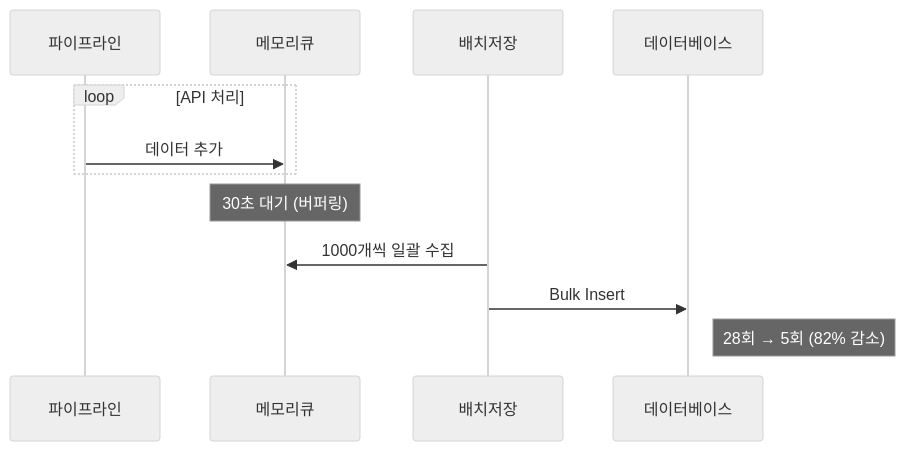
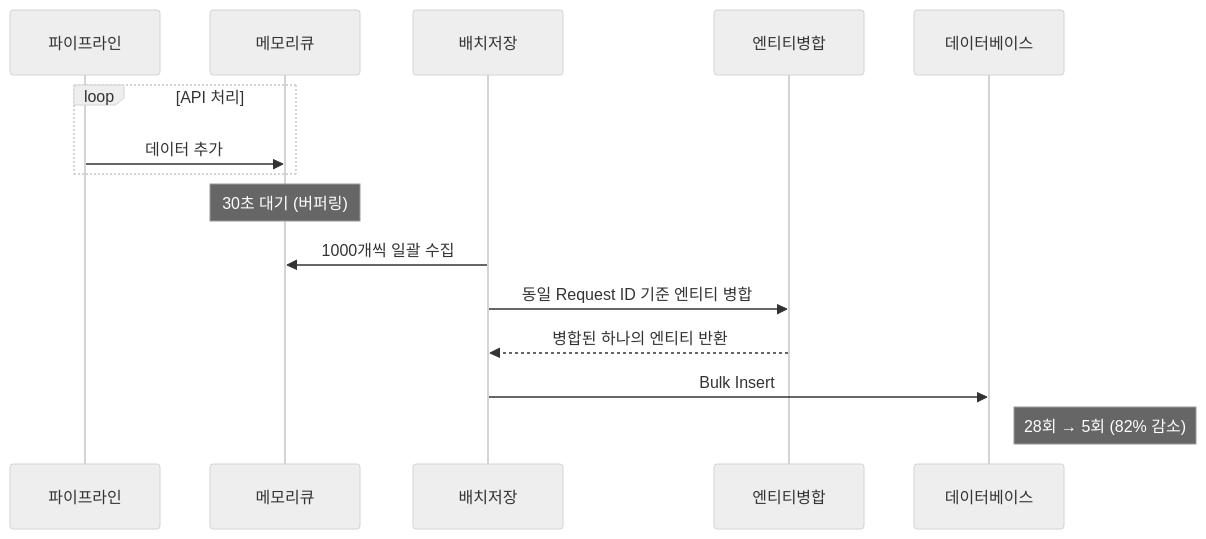
Before and after one commit to APIDOC43/SpringBoot-Saas: the second of 4 diagrams in README.md, drawn with Mermaid (neutral theme). The commit also changed other lines of this file, not shown here.

Commit message:
Enhance README with sequence diagrams and cleanup
Added sequence diagrams to illustrate batch processing and thread pool separation improvements. Removed detailed sections on batch processing and thread pool separation.

````diff
--- a/README.md
+++ b/README.md
@@ -95,17 +54,20 @@
 ```mermaid
 sequenceDiagram
-    participant Pipeline as 파이프라인
-    participant Queue as 메모리큐
-    participant BatchSaver as 배치저장
-    participant DB as 데이터베이스
-    
-    loop API 처리
-        Pipeline ->> Queue: 데이터 추가 
-    end
-    
-    Note over Queue: 30초 대기 (버퍼링)
-    
-    BatchSaver ->> Queue: 1000개씩 일괄 수집
-    BatchSaver ->> DB: Bulk Insert
-    Note right of DB: 28회 → 5회 (82% 감소)
+   participant Pipeline as 파이프라인
+   participant Queue as 메모리큐
+   participant BatchSaver as 배치저장
+   participant Merger as 엔티티병합
+   participant DB as 데이터베이스
+   
+   loop API 처리
+       Pipeline ->> Queue: 데이터 추가 
+   end
+   
+   Note over Queue: 30초 대기 (버퍼링)
+   
+   BatchSaver ->> Queue: 1000개씩 일괄 수집
+   BatchSaver ->> Merger: 동일 Request ID 기준 엔티티 병합
+   Merger -->> BatchSaver: 병합된 하나의 엔티티 반환
+   BatchSaver ->> DB: Bulk Insert
+   Note right of DB: 28회 → 5회 (82% 감소)
 ```
````
